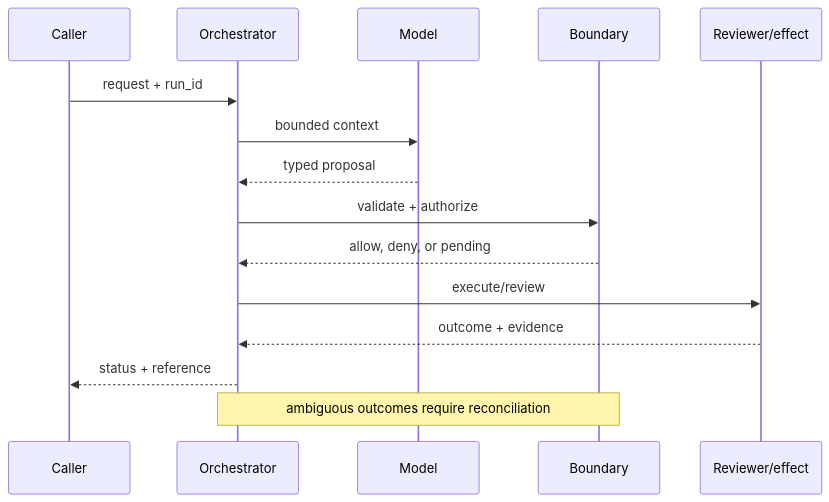
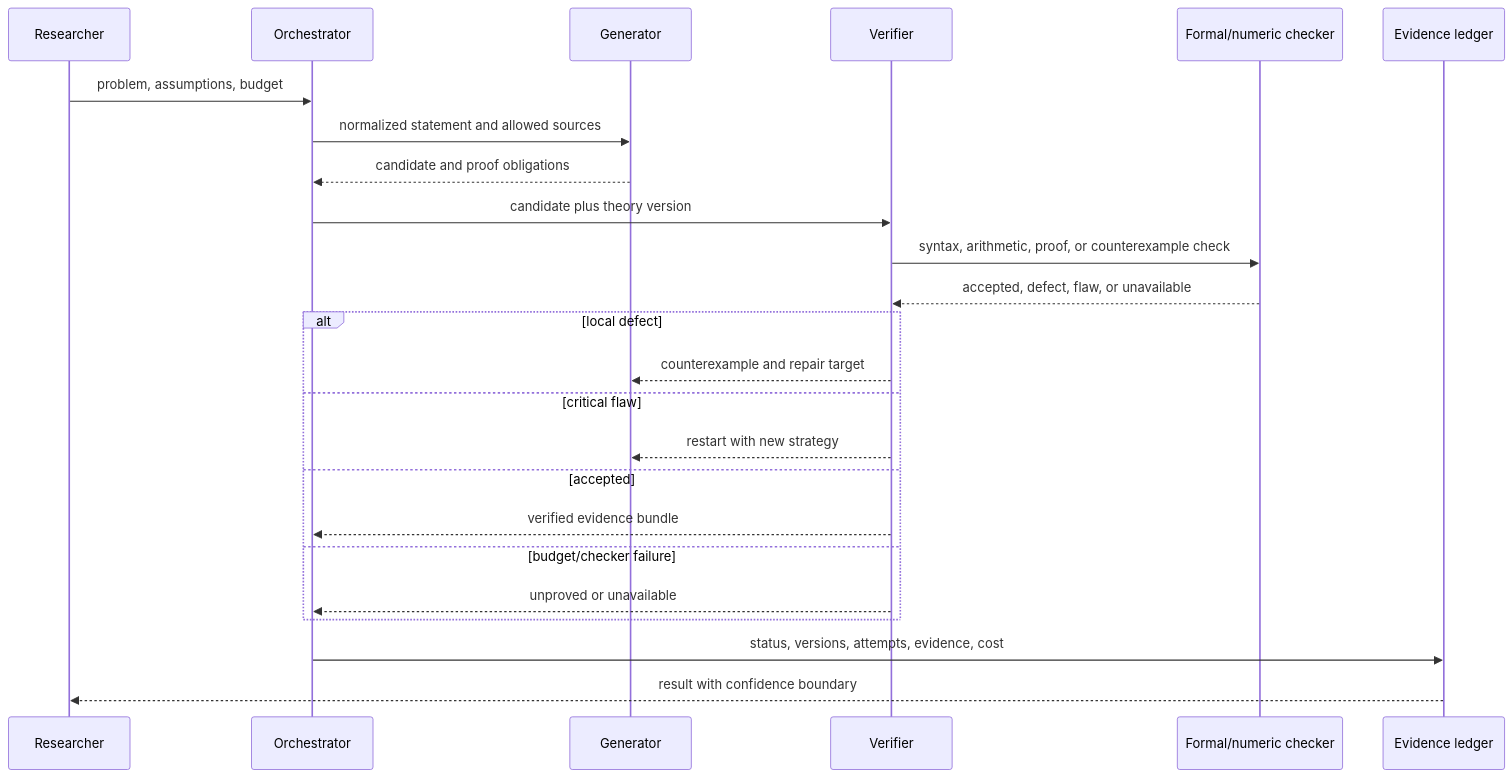
One commit to souradeepta/ai-monthly-concepts changed the second of 2 diagrams in months/2026-02/14-mathematical-reasoning.md. Above: the diagram before and after it, drawn with Mermaid. The commit also changed other lines of this file and 25 other files, not shown here.

````diff
--- a/months/2026-02/14-mathematical-reasoning.md
+++ b/months/2026-02/14-mathematical-reasoning.md
@@ -77,17 +58,26 @@
 ```mermaid
 sequenceDiagram
-  participant U as Caller
-  participant O as Orchestrator
-  participant M as Model
-  participant P as Boundary
-  participant H as Reviewer/effect
-  U->>O: request + run_id
-  O->>M: bounded context
-  M-->>O: typed proposal
-  O->>P: validate + authorize
-  P-->>O: allow, deny, or pending
-  O->>H: execute/review
-  H-->>O: outcome + evidence
-  O-->>U: status + reference
-  Note over O,P: ambiguous outcomes require reconciliation
+    participant U as Researcher
+    participant O as Orchestrator
+    participant G as Generator
+    participant V as Verifier
+    participant F as Formal/numeric checker
+    participant L as Evidence ledger
+    U->>O: problem, assumptions, budget
+    O->>G: normalized statement and allowed sources
+    G-->>O: candidate and proof obligations
+    O->>V: candidate plus theory version
+    V->>F: syntax, arithmetic, proof, or counterexample check
+    F-->>V: accepted, defect, flaw, or unavailable
+    alt local defect
+        V-->>G: counterexample and repair target
+    else critical flaw
+        V-->>G: restart with new strategy
+    else accepted
+        V-->>O: verified evidence bundle
+    else budget/checker failure
+        V-->>O: unproved or unavailable
+    end
+    O->>L: status, versions, attempts, evidence, cost
+    L-->>U: result with confidence boundary
 ```
````
